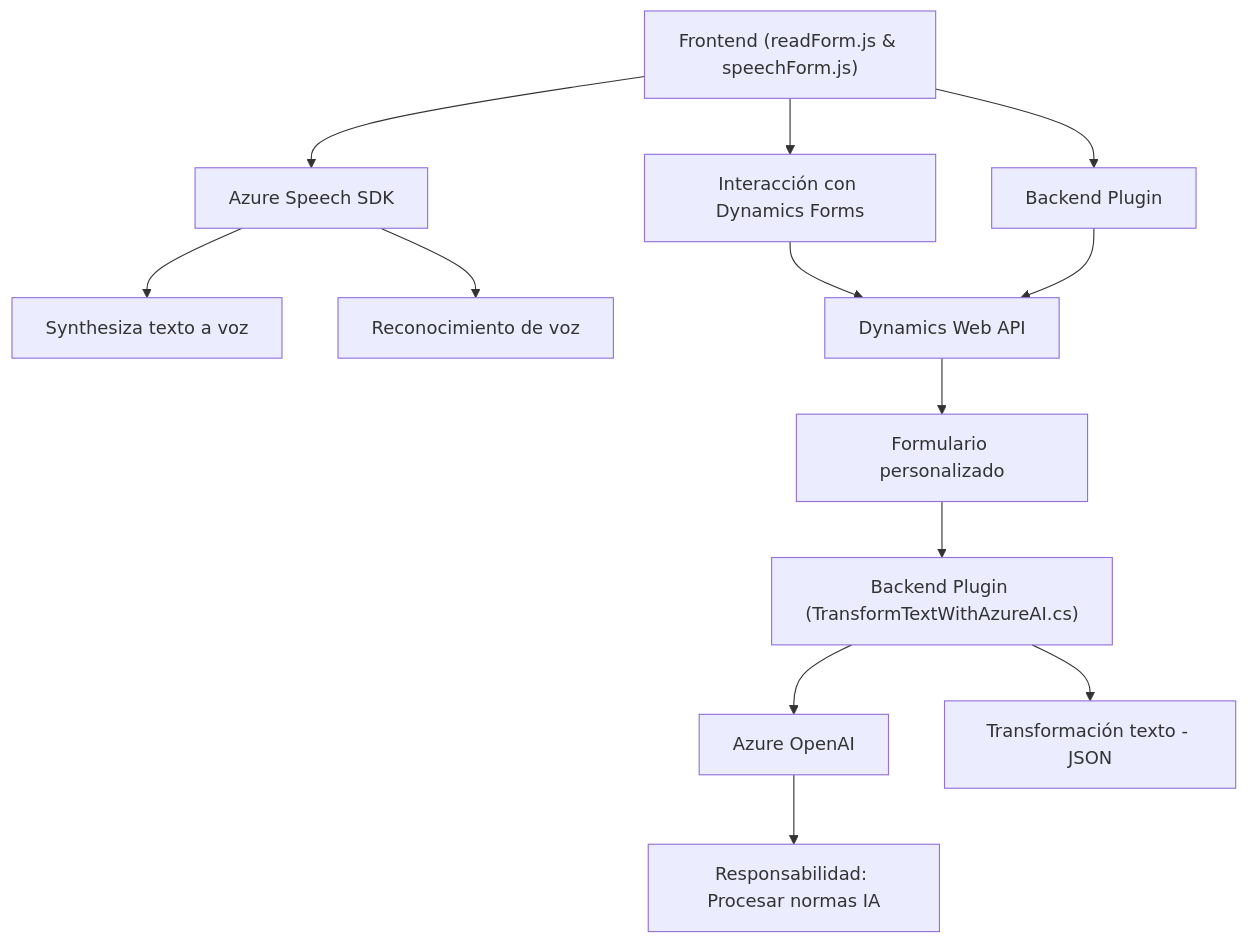
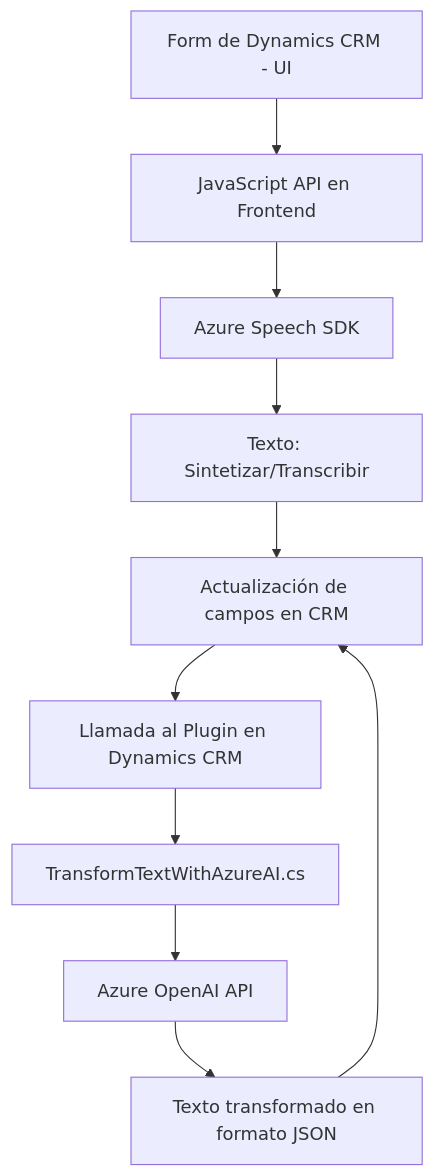
The diagram in README.md (blopezdm/NETCORE_BILBAO2025), drawn with Mermaid before and after one commit. The commit also changed other lines of this file, not shown here.

Commit message:
Actualizar análisis global de la solución con IA

````diff
--- a/README.md
+++ b/README.md
@@ -51,18 +38,12 @@
 ```mermaid
 graph TD
-A["Frontend (readForm.js & speechForm.js)"] --> B["Azure Speech SDK"]
-B --> C["Synthesiza texto a voz"]
-B --> D["Reconocimiento de voz"]
-A --> E["Interacción con Dynamics Forms"]
-
-E --> F["Dynamics Web API"]
-F --> G["Formulario personalizado"]
-
-G --> H["Backend Plugin (TransformTextWithAzureAI.cs)"]
-H --> I["Azure OpenAI"]
-H --> J["Transformación texto - JSON"]
-I --> K["Responsabilidad: Procesar normas IA"]
-
-A --> L["Backend Plugin"]
-L --> F
+    A["Form de Dynamics CRM - UI"] --> B["JavaScript API en Frontend"]
+    B --> C["Azure Speech SDK"]
+    C --> D["Texto: Sintetizar/Transcribir"]
+    D --> E["Actualización de campos en CRM"]
+    E --> F["Llamada al Plugin en Dynamics CRM"]
+    F --> G["TransformTextWithAzureAI.cs"]
+    G --> H["Azure OpenAI API"]
+    H --> I["Texto transformado en formato JSON"]
+    I --> E
 ```
````
